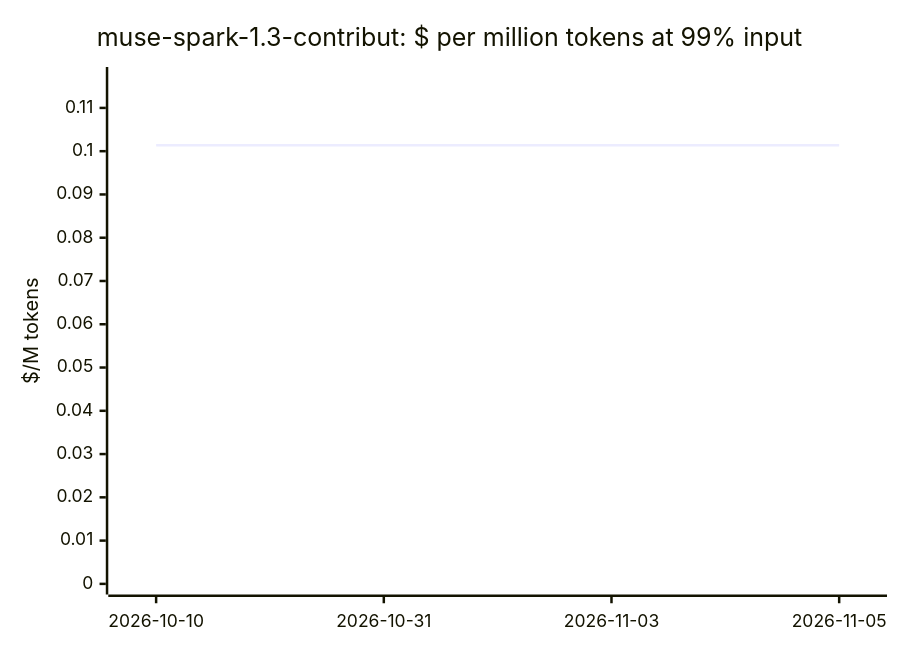
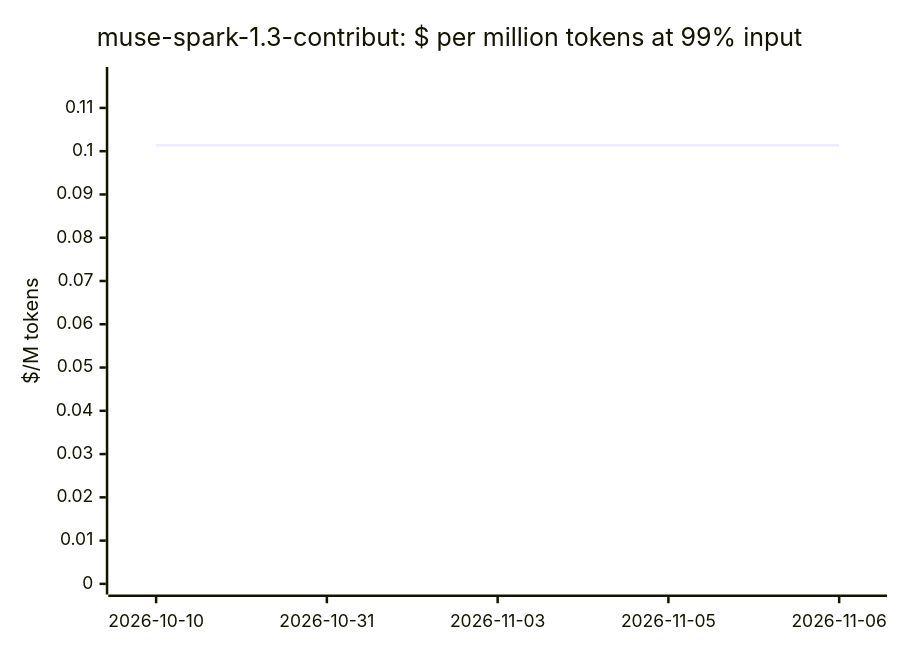
One commit to cklukas/OMEGA_TRANSFORM changed the ninth of 20 diagrams in docs/openrouter-models.md. Above: the diagram before and after it, drawn with Mermaid. The commit also changed other lines of this file and 103 other files, not shown here.

````diff
--- a/docs/openrouter-models.md
+++ b/docs/openrouter-models.md
@@ -213,7 +212,7 @@
 ```mermaid
 xychart-beta
     title "muse-spark-1.3-contribut: $ per million tokens at 99% input"
-    x-axis ["2026-10-10", "2026-10-31", "2026-11-03", "2026-11-05"]
+    x-axis ["2026-10-10", "2026-10-31", "2026-11-03", "2026-11-05", "2026-11-06"]
     y-axis "$/M tokens" 0 --> 0.117
-    line [0.1014, 0.1014, 0.1014, 0.1014]
+    line [0.1014, 0.1014, 0.1014, 0.1014, 0.1014]
 ```
````
